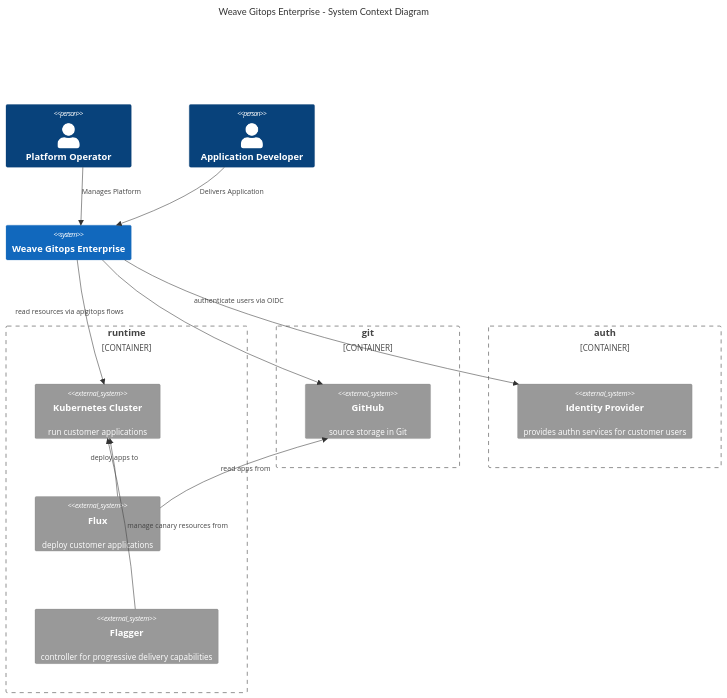
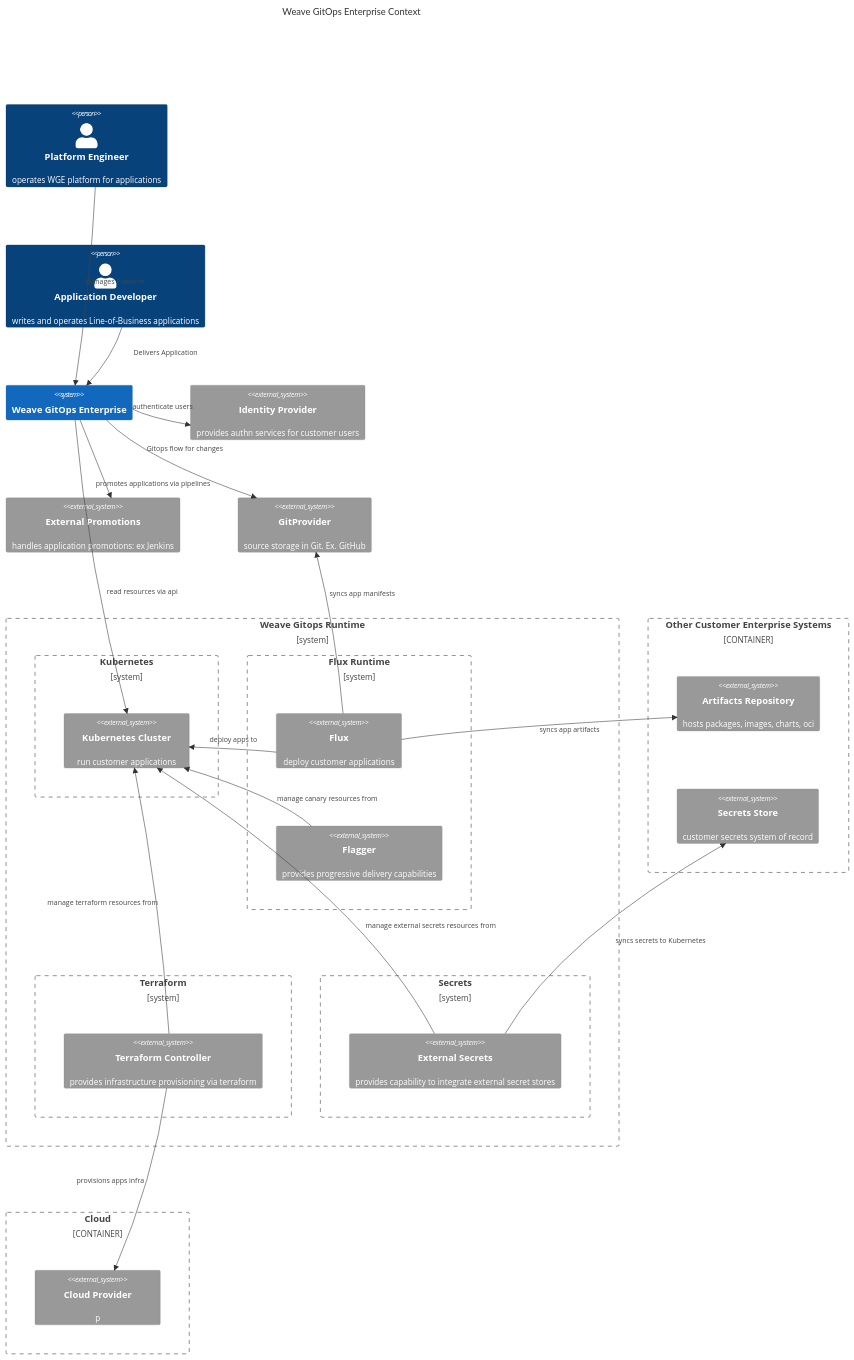
One commit to weaveworks/weave-gitops-enterprise changed the first of 3 diagrams in docs/architecture/README.md. Above: the diagram before and after it, drawn with Mermaid. The commit also changed other lines of this file and 64 other files, not shown here.

Commit message:
architecture documentation second iteration - completing the full picture

````diff
--- a/docs/architecture/README.md
+++ b/docs/architecture/README.md
@@ -49,48 +151,75 @@
 ```mermaid
 C4Context
-      title Weave Gitops Enterprise - System Context Diagram
-      Person(platformOperator, "Platform Operator")
-      Person(applicationDeveloper, "Application Developer")      
-      System(weaveGitopsEnterprise, "Weave Gitops Enterprise")
+    title Weave GitOps Enterprise Context
+    Person(PlatformEngineer, "Platform Engineer", "operates WGE platform for applications")
+    Person(ApplicationDeveloper, "Application Developer","writes and operates Line-of-Business applications")
+    System(WeaveGitopsEnterprise, "Weave GitOps Enterprise")
+    Rel(WeaveGitopsEnterprise, externalPromotion, "promotes applications via pipelines")
+    UpdateRelStyle(WeaveGitopsEnterprise, externalPromotion, $offsetY="40")
 
-      Rel(platformOperator, weaveGitopsEnterprise, "Manages Platform")
-      UpdateRelStyle(platformOperator, weaveGitopsEnterprise, $offsetY="-10")
+    System_Ext(Idp, "Identity Provider", "provides authn services for customer users")
+    System_Ext(externalPromotion, "External Promotions", "handles application promotions: ex Jenkins")
 
-      Rel(applicationDeveloper, weaveGitopsEnterprise, "Delivers Application")
-      UpdateRelStyle(applicationDeveloper, weaveGitopsEnterprise, $offsetX="50", $offsetY="-10")
+    System_Ext(GitProvider, "GitProvider", "source storage in Git. Ex. GitHub")
 
-      Rel(weaveGitopsEnterprise, Github, "gitops flows")
-      UpdateRelStyle(weaveGitopsEnterprise, Github, $offsetX="-220", $offsetY="-20")
-      Rel(weaveGitopsEnterprise, KubernetesCluster, "read resources via api")
-      UpdateRelStyle(weaveGitopsEnterprise, KubernetesCluster, $offsetX="-130", $offsetY="-20")
-      Rel(weaveGitopsEnterprise, idp, "authenticate users via OIDC")
-      UpdateRelStyle(weaveGitopsEnterprise, idp, $offsetX="-220", $offsetY="-40")
+    Rel(PlatformEngineer, WeaveGitopsEnterprise, "Manages Platform")
+    UpdateRelStyle(PlatformEngineer, WeaveGitopsEnterprise, $offsetY="-10")
+
+    Rel(ApplicationDeveloper, WeaveGitopsEnterprise, "Delivers Application")
+    UpdateRelStyle(ApplicationDeveloper, WeaveGitopsEnterprise, $offsetX="50", $offsetY="-10")
+
+    Rel(WeaveGitopsEnterprise, GitProvider, "Gitops flow for changes")
+    UpdateRelStyle(WeaveGitopsEnterprise, GitProvider, $offsetX="-60", $offsetY="-20")
+    Rel(WeaveGitopsEnterprise, KubernetesCluster, "read resources via api")
+    UpdateRelStyle(WeaveGitopsEnterprise, KubernetesCluster, $offsetX="10", $offsetY="40")
+    Rel(WeaveGitopsEnterprise, Idp, "authenticate users")
+    UpdateRelStyle(WeaveGitopsEnterprise, Idp, $offsetX="-50", $offsetY="-20")
 
 
-      Container_Boundary(runtime, "runtime") {
-         System_Ext(KubernetesCluster, "Kubernetes Cluster", "run customer applications")
+    Boundary(Runtime, "Weave Gitops Runtime") {
+        Boundary(Kubernetes, "Kubernetes") {
+            System_Ext(KubernetesCluster, "Kubernetes Cluster", "run customer applications")
+        }
 
-         System_Ext(Flux, "Flux", "deploy customer applications")
-         Rel(Flux, KubernetesCluster, "deploy apps to")
-         UpdateRelStyle(Flux, KubernetesCluster, $offsetX="-40", $offsetY="-20")
-         Rel(Flux, Github, "read apps from")        
-         UpdateRelStyle(Flux, Github, $offsetX="-40", $offsetY="-10")
+        Boundary(FluxRuntime, "Flux Runtime") {
+            System_Ext(Flux, "Flux", "deploy customer applications")
+            System_Ext(Flagger, "Flagger", "provides progressive delivery capabilities")
 
+            Rel(Flux, KubernetesCluster, "deploy apps to")
+            UpdateRelStyle(Flux, KubernetesCluster, $offsetX="-40", $offsetY="-20")
+            Rel(Flux, GitProvider, "syncs app manifests")
+            UpdateRelStyle(Flux, GitProvider, $offsetX="0", $offsetY="-70")
+            Rel(Flux, artifactsRepo, "syncs app artifacts")
 
-         System_Ext(Flagger, "Flagger", "controller for progressive delivery capabilities")
-         Rel(Flagger, KubernetesCluster, "manage canary resources from")
-         UpdateRelStyle(Flagger, KubernetesCluster, $offsetX="10", $offsetY="0")
+            Rel(Flagger, KubernetesCluster, "manage canary resources from")
+            UpdateRelStyle(Flagger, KubernetesCluster, $offsetX="50", $offsetY="0")
+        }
 
-      }
+        Boundary(Terraform, "Terraform") {
+            System_Ext(TerraformController, "Terraform Controller", "provides infrastructure provisioning via terraform")
+            Rel(TerraformController, KubernetesCluster, "manage terraform resources from")
+            UpdateRelStyle(TerraformController, KubernetesCluster, $offsetX="-180", $offsetY="0")
+            Rel(TerraformController, CloudProvider, "provisions apps infra")
+            UpdateRelStyle(TerraformController, CloudProvider, $offsetX="-110", $offsetY="0")
+        }
 
-      Container_Boundary(git, "git") {
-          System_Ext(Github, "GitHub", "source storage in Git")      
-      }
+        Boundary(Secrets, "Secrets") {
+            System_Ext(ExternalSecrets, "External Secrets", "provides capability to integrate external secret stores")
+            Rel(ExternalSecrets, KubernetesCluster, "manage external secrets resources from")
+            UpdateRelStyle(ExternalSecrets, KubernetesCluster, $offsetX="120", $offsetY="40")
+            Rel(ExternalSecrets, secretsStore, "syncs secrets to Kubernetes")
+        }
+    }
 
-      Container_Boundary(auth, "auth") {
-        System_Ext(idp, "Identity Provider", "provides authn services for customer users")      
-      }
+    Container_Boundary(CustomerEnterpriseSystem, "Other Customer Enterprise Systems") {
+        System_Ext(artifactsRepo, "Artifacts Repository", "hosts packages, images, charts, oci")
+        System_Ext(secretsStore, "Secrets Store", "customer secrets system of record")
 
+    }
 
-      UpdateLayoutConfig($c4ShapeInRow="2", $c4BoundaryInRow="3")     
+    Container_Boundary(Cloud, "Cloud") {
+        System_Ext(CloudProvider, "Cloud Provider", "p")
+    }
+
+    UpdateLayoutConfig($c4ShapeInRow="2", $c4BoundaryInRow="2")    
 ```
````
